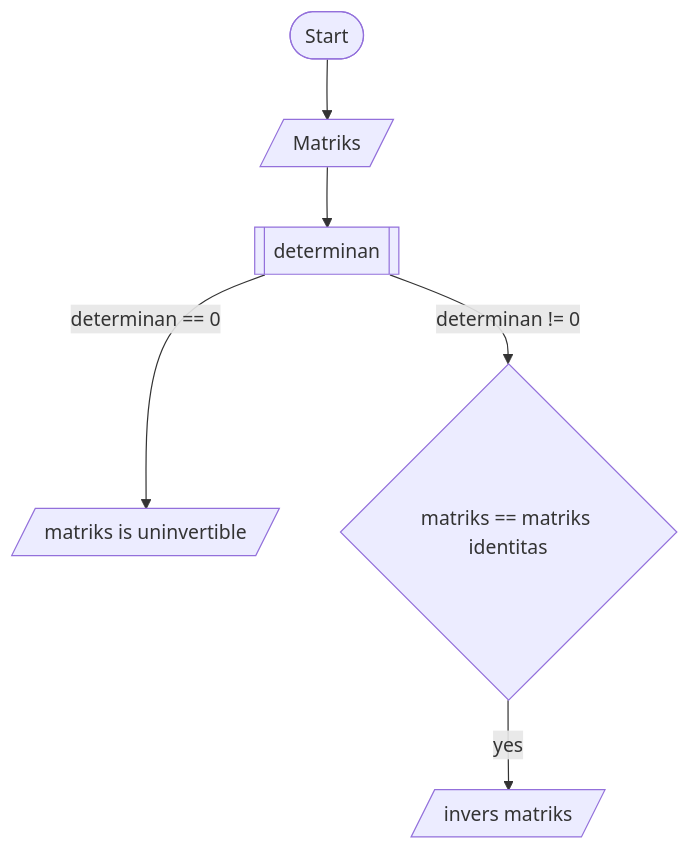
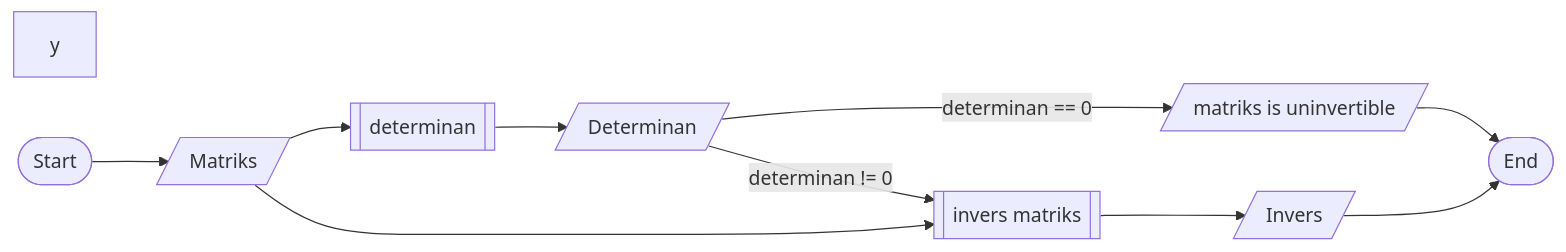
One commit to Kingki19/Invers-matriks-laplace-theorem changed the first of 2 diagrams in flowchart.md. Above: the diagram before and after it, drawn with Mermaid. The commit also changed other lines of this file, not shown here.

````diff
--- a/flowchart.md
+++ b/flowchart.md
@@ -9,8 +10,11 @@
 ```mermaid
-flowchart TD
+flowchart LR
+  y 
   a([Start]) --> b[/Matriks/]
-  b --> c[[determinan]]
-  c -- determinan == 0 --> d[/"matriks is uninvertible"/]
-  c -- determinan != 0 --> e{matriks == matriks identitas}
-  e -- yes --> f[/invers matriks/]
+  b --> c[[determinan]] --> e[/Determinan/]
+  e -- determinan == 0 --> d[/"matriks is uninvertible"/]
+  e -- determinan != 0 --> f[[invers matriks]]
+  f --> g[/Invers/] --> h([End])
+  d --> h
+  b --> f
 ```
````
